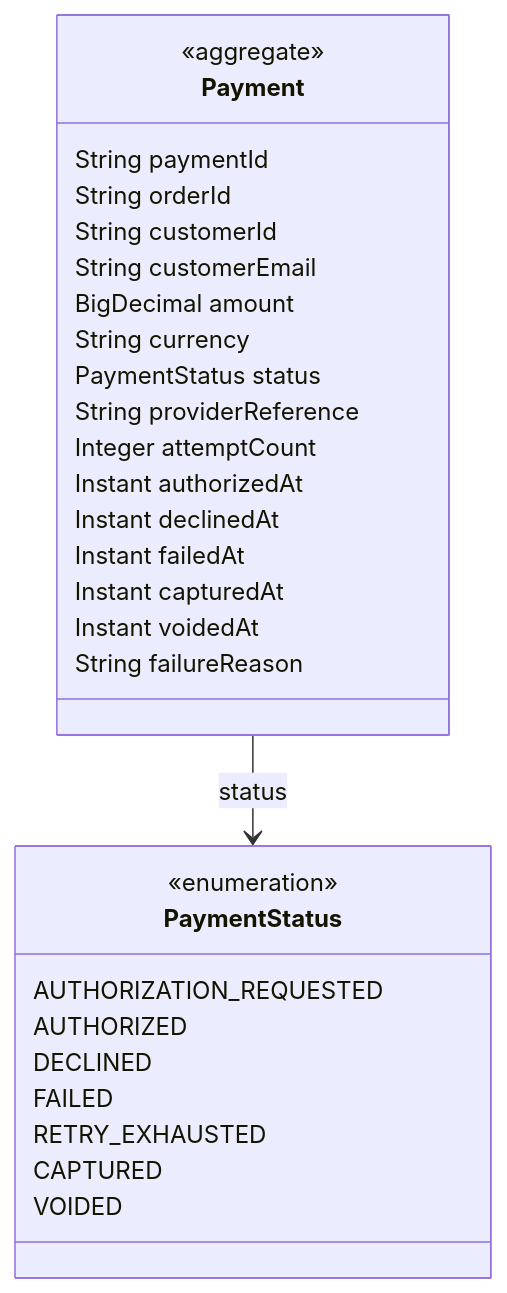
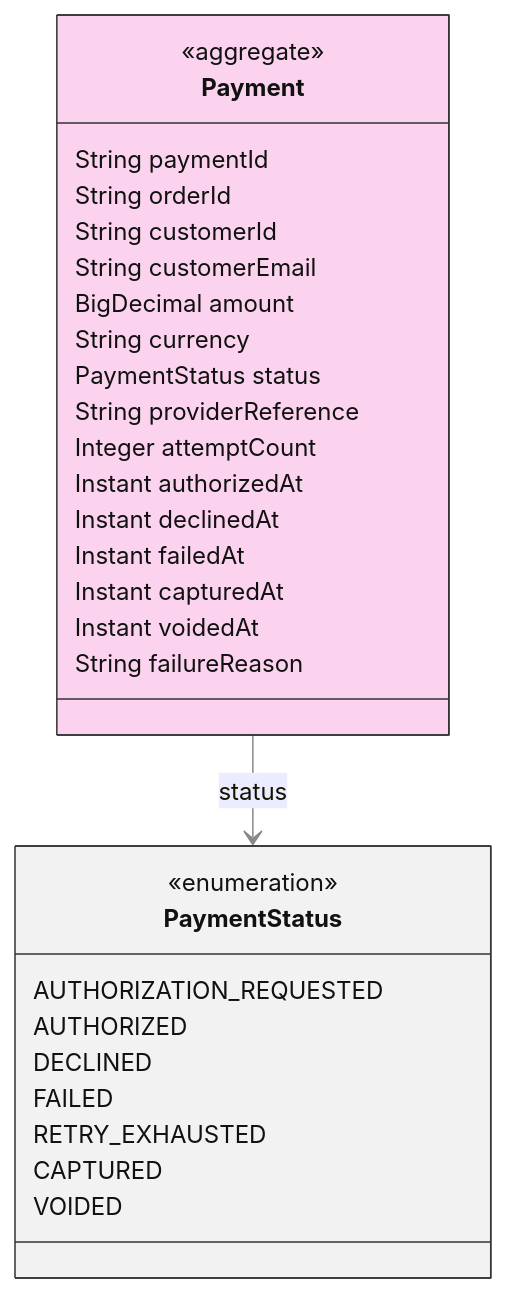
The third of 4 diagrams in dsl-docs/src/commonTest/resources/snapshots/arcadia-modulith/modules/payments-processing.md (ZenWave360/dsl-kotlin), drawn with Mermaid before and after one commit. The commit also changed other lines of this file and 21 other files, not shown here.

Commit message:
feat(views): event class diagrams, light class diagram styling, command adapters

````diff
--- a/dsl-docs/src/commonTest/resources/snapshots/arcadia-modulith/modules/payments-processing.md
+++ b/dsl-docs/src/commonTest/resources/snapshots/arcadia-modulith/modules/payments-processing.md
@@ -140,32 +158,41 @@
 ```mermaid
+---
+config:
+  theme: default
+  themeVariables:
+    lineColor: "#888888"
+    edgeLabelBackground: "#ffffff"
+---
 classDiagram
     class Payment {
         <<aggregate>>
         String paymentId
         String orderId
         String customerId
         String customerEmail
         BigDecimal amount
         String currency
         PaymentStatus status
         String providerReference
         Integer attemptCount
         Instant authorizedAt
         Instant declinedAt
         Instant failedAt
         Instant capturedAt
         Instant voidedAt
         String failureReason
     }
     class PaymentStatus {
         <<enumeration>>
         AUTHORIZATION_REQUESTED
         AUTHORIZED
         DECLINED
         FAILED
         RETRY_EXHAUSTED
         CAPTURED
         VOIDED
     }
     Payment --> PaymentStatus : status
+    style Payment fill:#fbd3ee,stroke:#333333,color:#111111
+    style PaymentStatus fill:#f2f2f2,stroke:#333333,color:#111111
 ```
````
